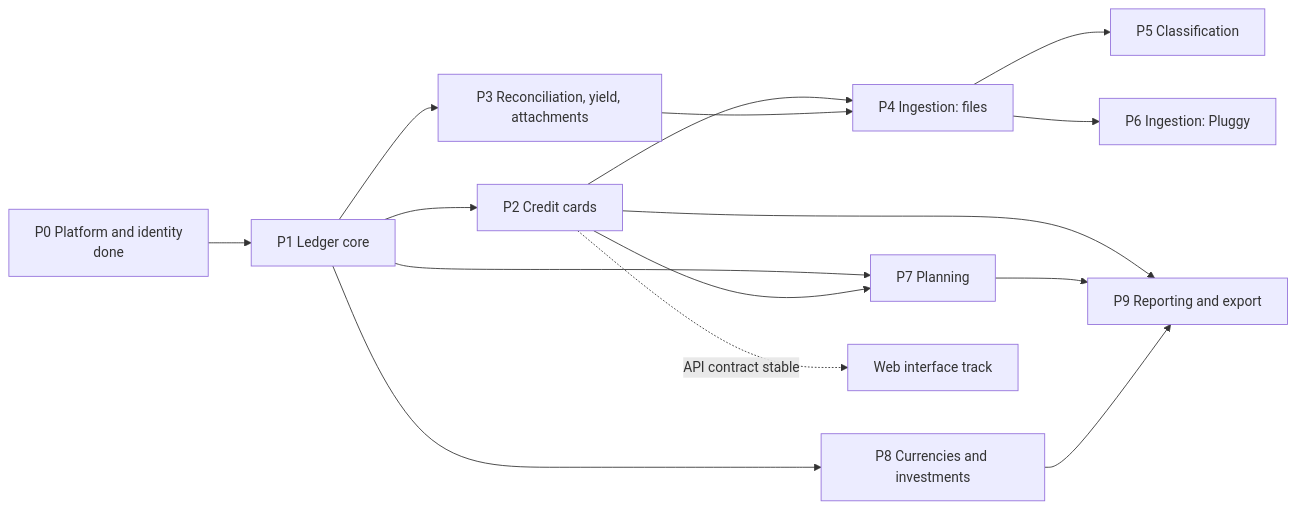
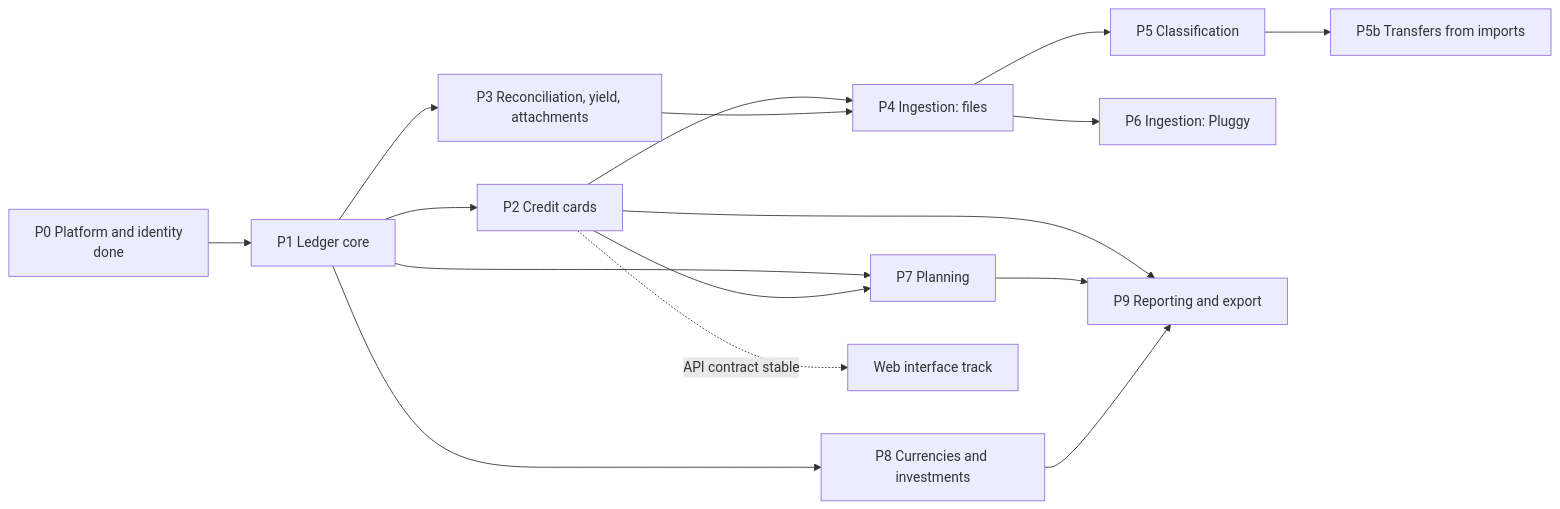
One commit to andrelopes-code/equori changed the diagram in docs/domain/09-roadmap.md. Above: the diagram before and after it, drawn with Mermaid. The commit also changed other lines of this file and 7 other files, not shown here.

````diff
--- a/docs/domain/09-roadmap.md
+++ b/docs/domain/09-roadmap.md
@@ -9,17 +9,18 @@
 ```mermaid
 flowchart LR
   P0[P0 Platform and identity<br/>done] --> P1[P1 Ledger core]
   P1 --> P2[P2 Credit cards]
   P1 --> P3[P3 Reconciliation, yield, attachments]
   P2 --> P4[P4 Ingestion: files]
   P3 --> P4
   P4 --> P5[P5 Classification]
+  P5 --> P5b[P5b Transfers from imports]
   P4 --> P6[P6 Ingestion: Pluggy]
   P1 --> P7[P7 Planning]
   P2 --> P7
   P1 --> P8[P8 Currencies and investments]
   P2 --> P9[P9 Reporting and export]
   P7 --> P9
   P8 --> P9
   P2 -. API contract stable .-> W[Web interface track]
 ```
````
